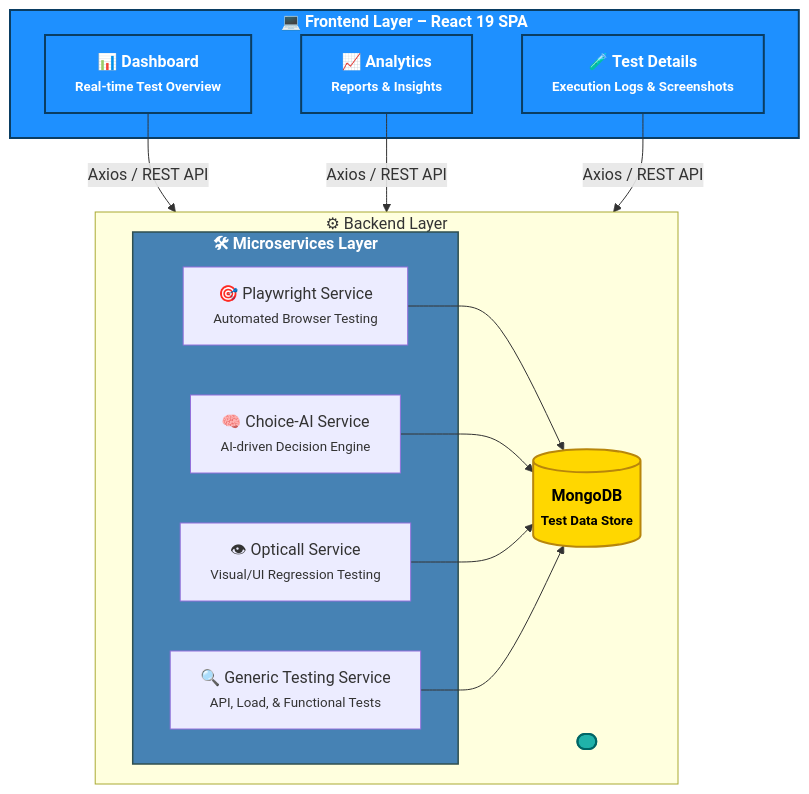
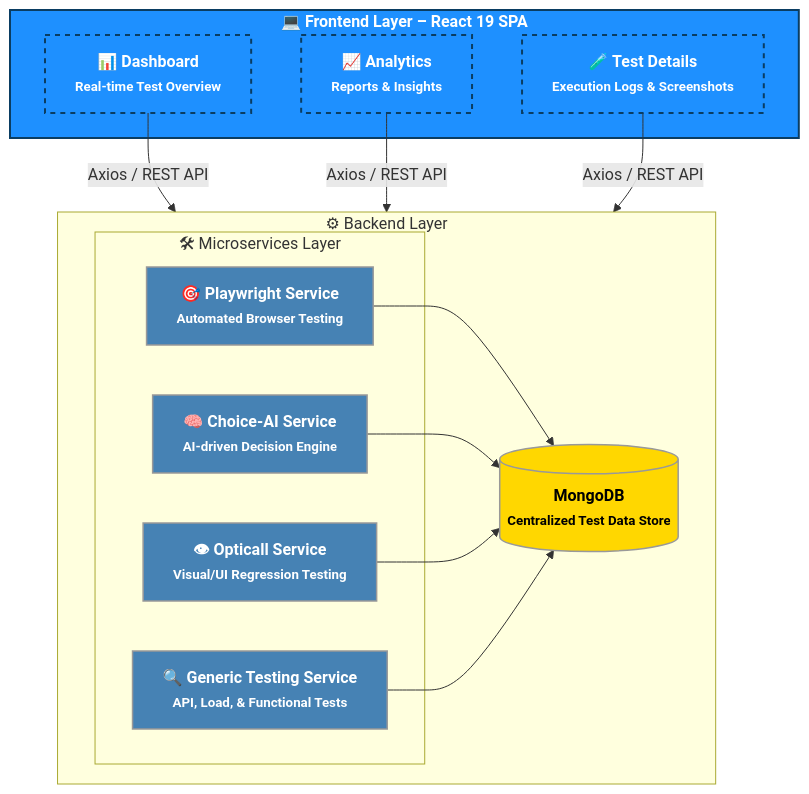
Before and after one commit to Aayushhh07/PSI-QA: the diagram in README.md, drawn with Mermaid.

````diff
--- a/README.md
+++ b/README.md
@@ -142,47 +142,58 @@
 ```mermaid
 flowchart TD
-    %% Styling
+    %% =========================
+    %% TITLE & STYLE
+    %% =========================
     classDef frontend fill:#1E90FF,stroke:#0a3d62,stroke-width:2px,color:#fff,font-weight:bold
     classDef backend fill:#20B2AA,stroke:#006666,stroke-width:2px,color:#fff,font-weight:bold
-    classDef microservices fill:#4682B4,stroke:#2F4F4F,stroke-width:1.5px,color:#fff,font-weight:bold
     classDef database fill:#FFD700,stroke:#b8860b,stroke-width:2px,color:#000,font-weight:bold
+    classDef service fill:#4682B4,stroke:#2F4F4F,stroke-width:1.5px,color:#fff,font-weight:bold
     classDef apiLink stroke-dasharray:5 5
+    classDef connector stroke:#999,stroke-width:1.5px
 
-    %% FRONTEND
+    %% =========================
+    %% FRONTEND SECTION
+    %% =========================
     subgraph FE[💻 Frontend Layer – React 19 SPA]
         D[📊 Dashboard<br><small>Real-time Test Overview</small>]
         A[📈 Analytics<br><small>Reports & Insights</small>]
         T[🧪 Test Details<br><small>Execution Logs & Screenshots</small>]
     end
     class FE,D,A,T frontend
 
-    %% BACKEND
+    %% =========================
+    %% BACKEND SECTION
+    %% =========================
     subgraph BE[⚙ Backend Layer]
-        spacer1([" "]):::backend
-        %% MICRO SERVICES
-        subgraph MS[🛠 Microservices Layer]
+        subgraph Services[🛠 Microservices Layer]
             P[🎯 Playwright Service<br><small>Automated Browser Testing</small>]
             C[🧠 Choice-AI Service<br><small>AI-driven Decision Engine</small>]
             O[👁 Opticall Service<br><small>Visual/UI Regression Testing</small>]
             G[🔍 Generic Testing Service<br><small>API, Load, & Functional Tests</small>]
         end
-        DB[(MongoDB<br><small>Test Data Store</small>)]
+        DB[(MongoDB<br><small>Centralized Test Data Store</small>)]
     end
     class BE backend
-    class MS microservices
+    class P,C,O,G service
     class DB database
 
+    %% =========================
     %% CONNECTIONS
+    %% =========================
     D -- "Axios / REST API" --> BE
     A -- "Axios / REST API" --> BE
     T -- "Axios / REST API" --> BE
+    class D,A,T apiLink
 
+    %% Backend to Database Links
     P --> DB
     C --> DB
     O --> DB
     G --> DB
+    class P,C,O,G,DB connector
+
 
 
 
 
 ```
````
